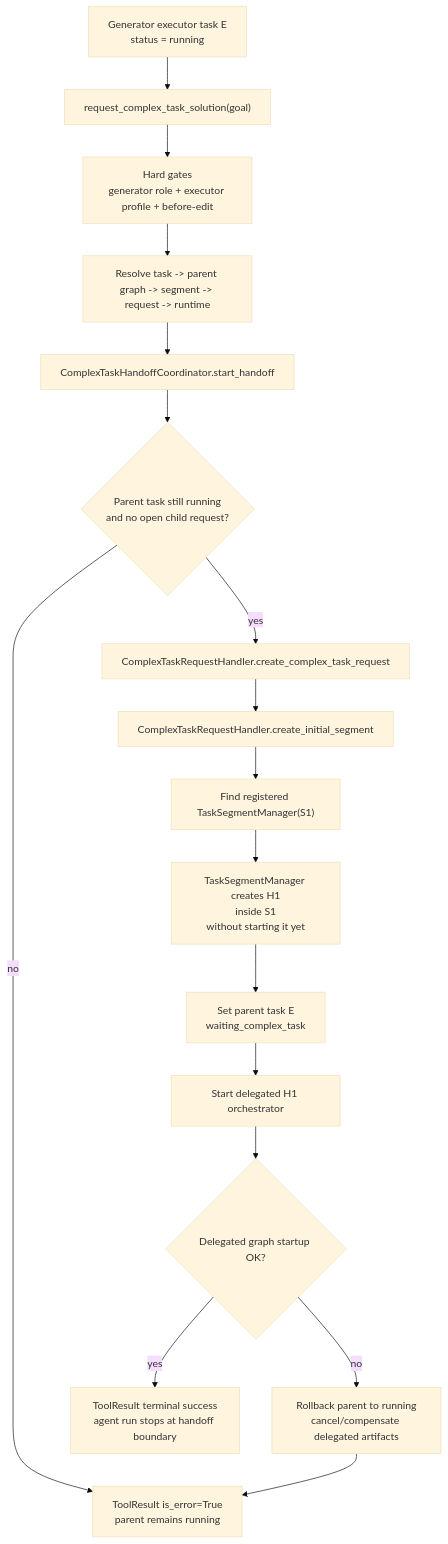
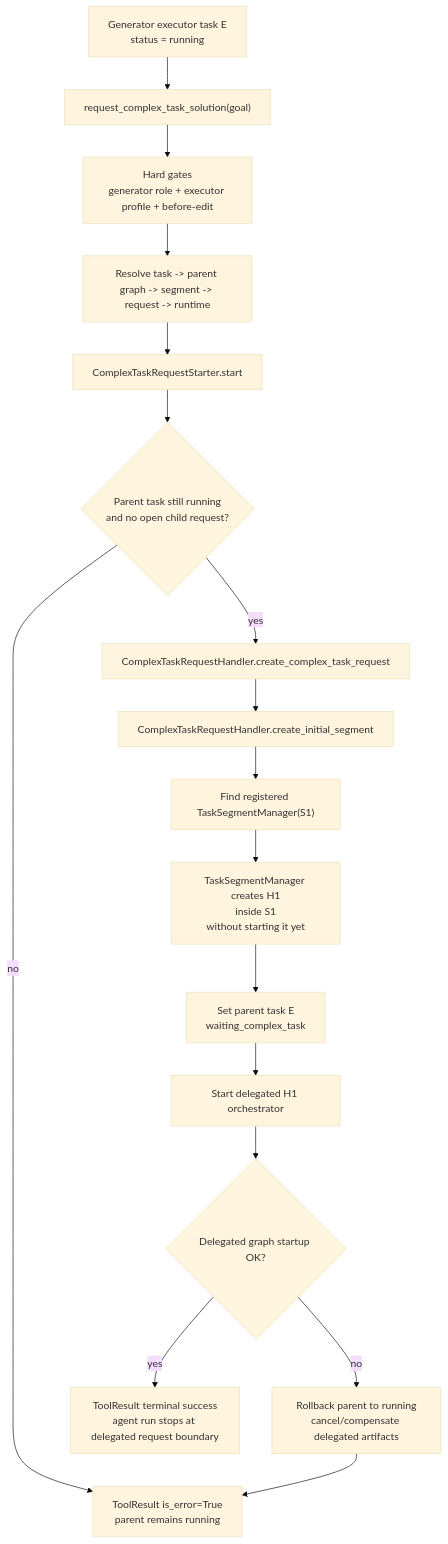
Before and after one commit to Ephemeral-AI-Lab/ephemeral-os: the first of 4 diagrams in docs/architecture/task-center-harness-migration/phase-04-implementation-plan.md, drawn with Mermaid (base theme). The commit also changed other lines of this file and 26 other files, not shown here.

Commit message:
Refine complex task spawning submission flow

````diff
--- a/docs/architecture/task-center-harness-migration/phase-04-implementation-plan.md
+++ b/docs/architecture/task-center-harness-migration/phase-04-implementation-plan.md
@@ -92,20 +92,20 @@
 ```mermaid
 flowchart TD
     Exec["Generator executor task E<br/>status = running"] --> Tool["request_complex_task_solution(goal)"]
     Tool --> Gates["Hard gates<br/>generator role + executor profile + before-edit"]
     Gates --> Resolve["Resolve task -> parent graph -> segment -> request -> runtime"]
-    Resolve --> Coord["ComplexTaskHandoffCoordinator.start_handoff"]
+    Resolve --> Starter["ComplexTaskRequestStarter.start"]
 
-    Coord --> ParentCheck{"Parent task still running<br/>and no open child request?"}
+    Starter --> ParentCheck{"Parent task still running<br/>and no open child request?"}
     ParentCheck -->|"no"| InlineErr["ToolResult is_error=True<br/>parent remains running"]
     ParentCheck -->|"yes"| CreateReq["ComplexTaskRequestHandler.create_complex_task_request"]
     CreateReq --> CreateSeg["ComplexTaskRequestHandler.create_initial_segment"]
     CreateSeg --> Manager["Find registered TaskSegmentManager(S1)"]
     Manager --> CreateGraph["TaskSegmentManager creates H1<br/>inside S1<br/>without starting it yet"]
     CreateGraph --> Wait["Set parent task E<br/>waiting_complex_task"]
     Wait --> Start["Start delegated H1 orchestrator"]
     Start --> Startup{"Delegated graph startup OK?"}
     Startup -->|"no"| Rollback["Rollback parent to running<br/>cancel/compensate delegated artifacts"]
     Rollback --> InlineErr
-    Startup -->|"yes"| Success["ToolResult terminal success<br/>agent run stops at handoff boundary"]
+    Startup -->|"yes"| Success["ToolResult terminal success<br/>agent run stops at delegated request boundary"]
 ```
````
